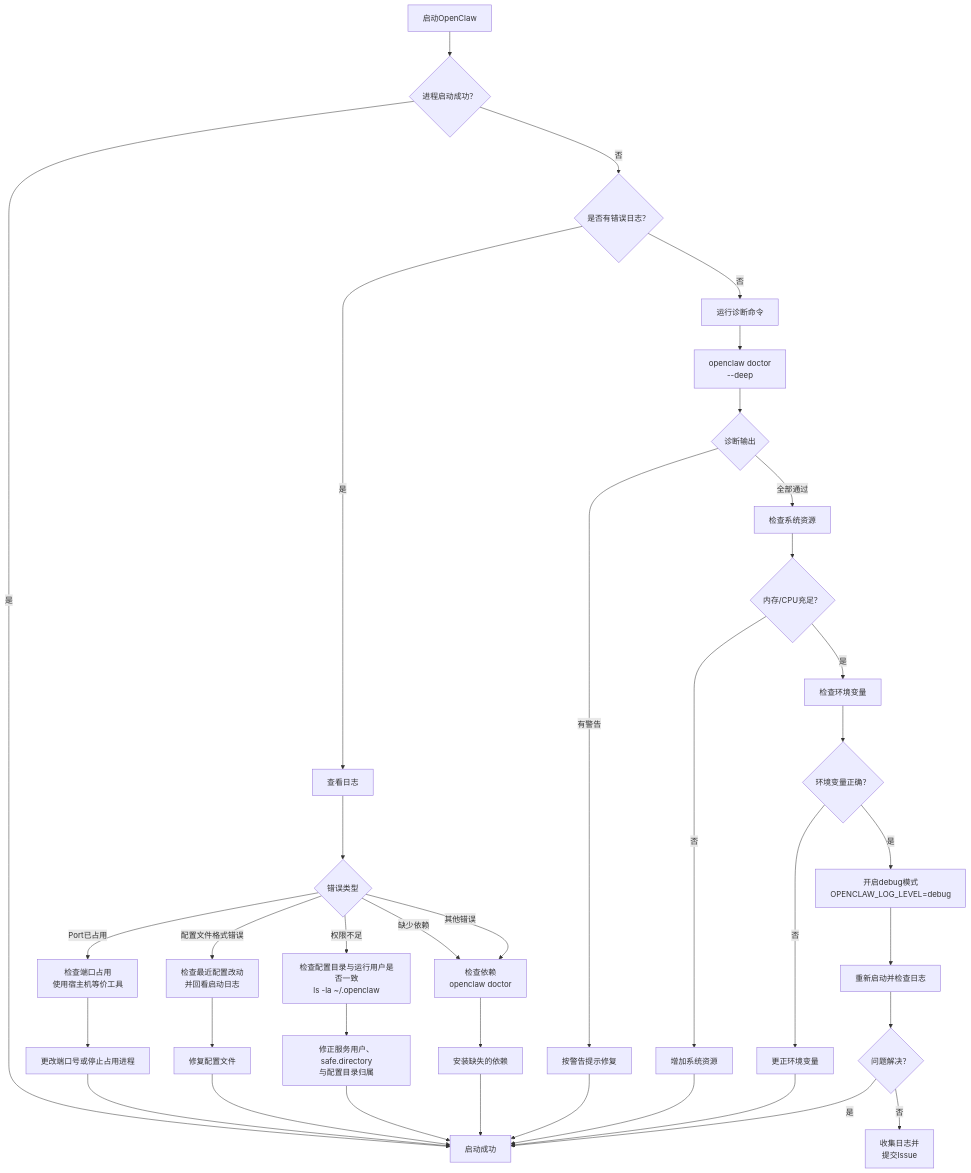
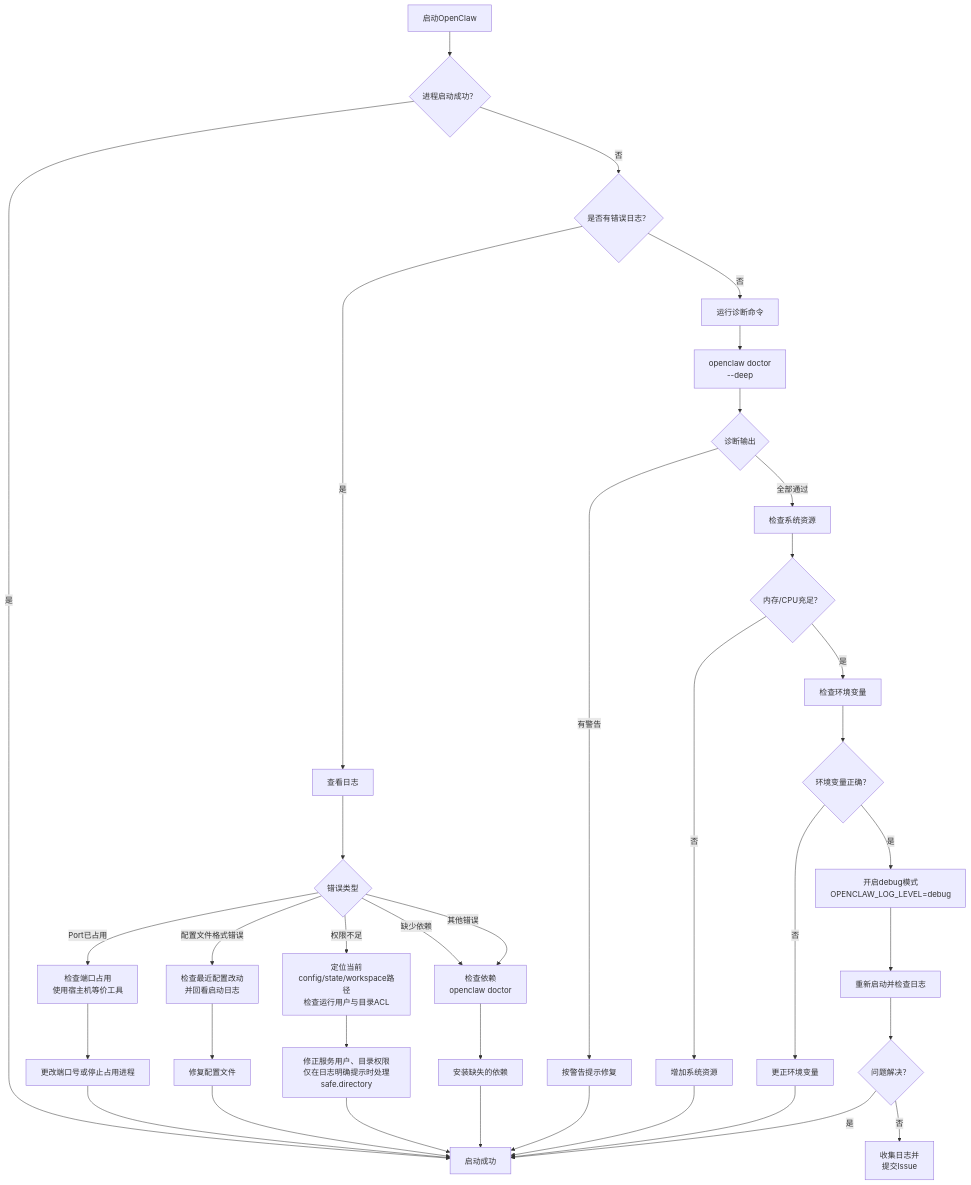
Before and after one commit to yeasy/openclaw_guide: the second of 7 diagrams in 15_troubleshooting_trees/15.1_diagnostic_decision_trees.md, drawn with Mermaid. The commit also changed other lines of this file and 41 other files, not shown here.

````diff
--- a/15_troubleshooting_trees/15.1_diagnostic_decision_trees.md
+++ b/15_troubleshooting_trees/15.1_diagnostic_decision_trees.md
@@ -52,41 +52,41 @@
 ```mermaid
 graph TD
     A["启动OpenClaw"] --> B{"进程启动成功？"}
     B -->|否| C{"是否有错误日志？"}
     C -->|是| D["查看日志"]
     D --> E{"错误类型"}
     E -->|Port已占用| F["检查端口占用<br/>使用宿主机等价工具"]
     F --> G["更改端口号或停止占用进程"]
     E -->|配置文件格式错误| H["检查最近配置改动<br/>并回看启动日志"]
     H --> I["修复配置文件"]
-    E -->|权限不足| J["检查配置目录与运行用户是否一致<br/>ls -la ~/.openclaw"]
-    J --> K["修正服务用户、safe.directory<br/>与配置目录归属"]
+    E -->|权限不足| J["定位当前config/state/workspace路径<br/>检查运行用户与目录ACL"]
+    J --> K["修正服务用户、目录权限<br/>仅在日志明确提示时处理safe.directory"]
     E -->|缺少依赖| L["检查依赖<br/>openclaw doctor"]
     L --> M["安装缺失的依赖"]
     E -->|其他错误| L
 
     C -->|否| N["运行诊断命令"]
     N --> O["openclaw doctor<br/>--deep"]
     O --> P{"诊断输出"}
     P -->|有警告| Q["按警告提示修复"]
     P -->|全部通过| R["检查系统资源"]
     R --> S{"内存/CPU充足？"}
     S -->|否| T["增加系统资源"]
     S -->|是| U["检查环境变量"]
     U --> V{"环境变量正确？"}
     V -->|否| W["更正环境变量"]
     V -->|是| X["开启debug模式<br/>OPENCLAW_LOG_LEVEL=debug"]
     X --> Y["重新启动并检查日志"]
 
     B -->|是| Z["启动成功"]
     G --> Z
     I --> Z
     K --> Z
     M --> Z
     Q --> Z
     T --> Z
     W --> Z
     Y --> AA{"问题解决？"}
     AA -->|是| Z
     AA -->|否| AB["收集日志并<br/>提交Issue"]
 ```
````
